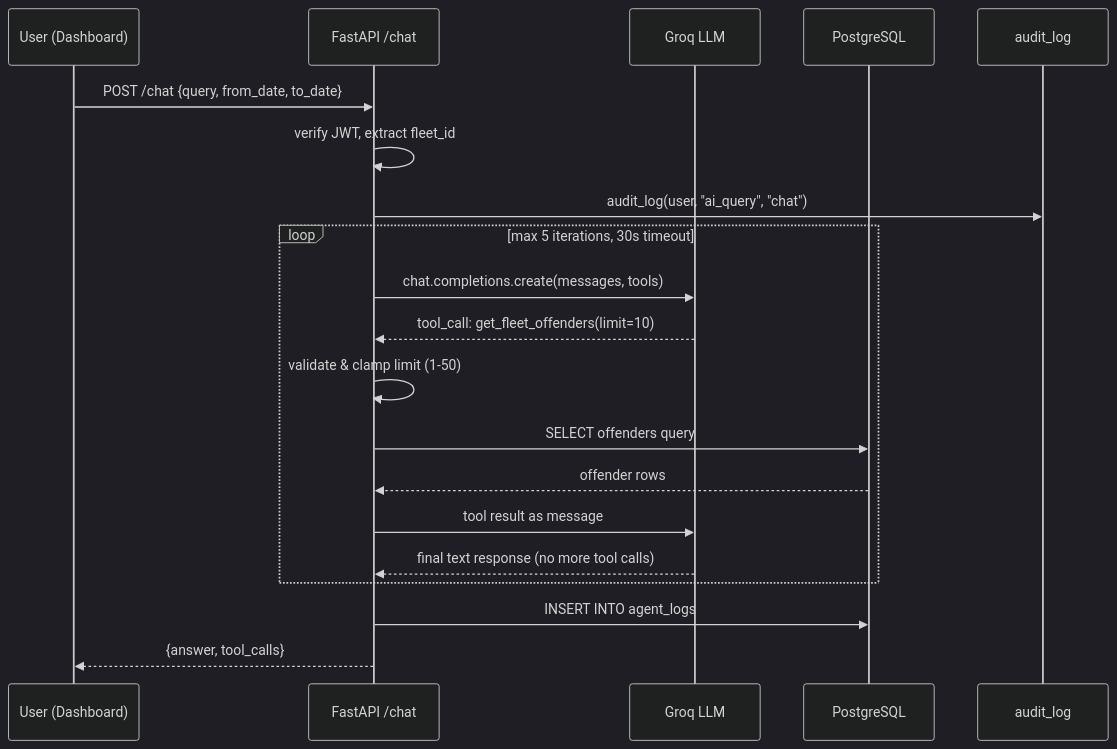
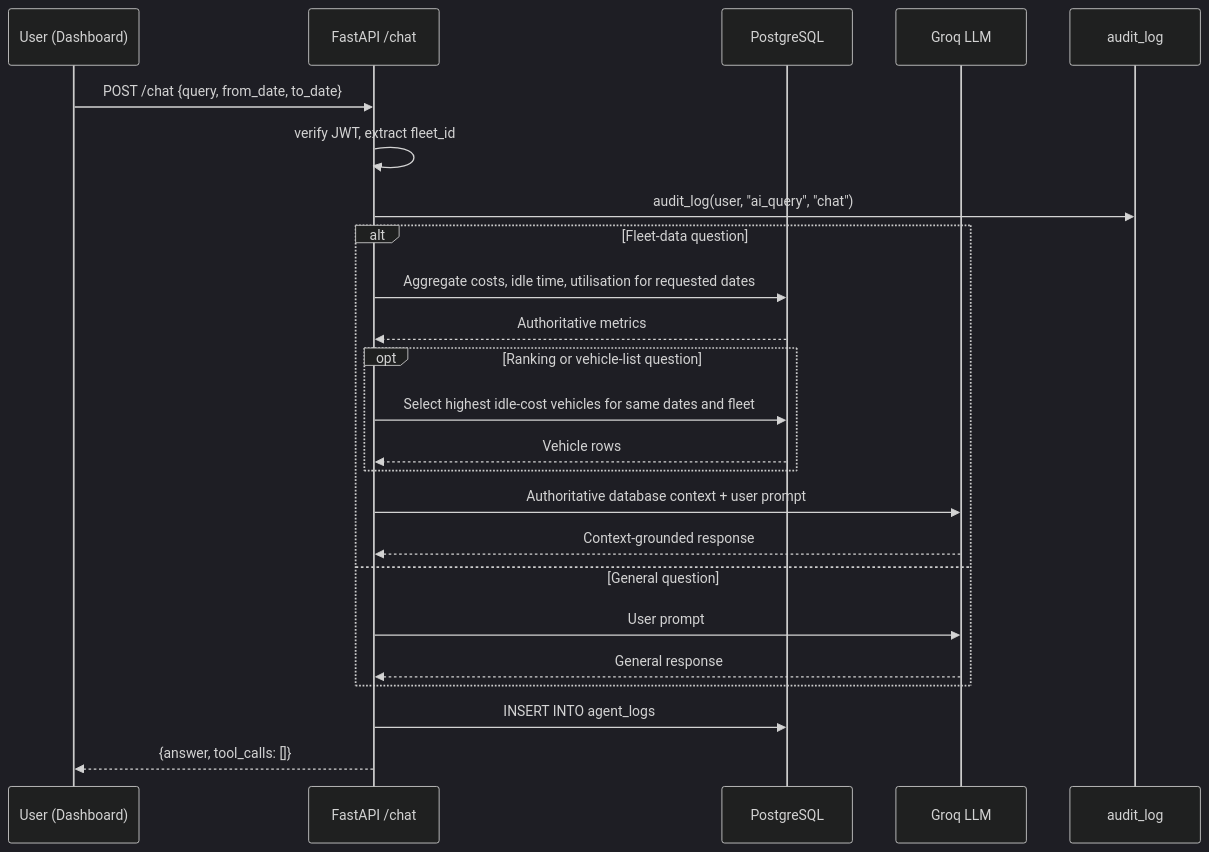
The seventh of 7 diagrams in docs/architecture.md (KT2006/Motorq-Hackathon), drawn with Mermaid (dark theme) before and after one commit. The commit also changed other lines of this file and 14 other files, not shown here.

````diff
--- a/docs/architecture.md
+++ b/docs/architecture.md
@@ -234,25 +234,28 @@
 ```mermaid
 sequenceDiagram
     participant U as User (Dashboard)
     participant API as FastAPI /chat
+    participant DB as PostgreSQL
     participant LLM as Groq LLM
-    participant DB as PostgreSQL
     participant LOG as audit_log
 
     U->>API: POST /chat {query, from_date, to_date}
     API->>API: verify JWT, extract fleet_id
     API->>LOG: audit_log(user, "ai_query", "chat")
-
-    loop max 5 iterations, 30s timeout
-        API->>LLM: chat.completions.create(messages, tools)
-        LLM-->>API: tool_call: get_fleet_offenders(limit=10)
-        API->>API: validate & clamp limit (1-50)
-        API->>DB: SELECT offenders query
-        DB-->>API: offender rows
-        API->>LLM: tool result as message
-        LLM-->>API: final text response (no more tool calls)
+    alt Fleet-data question
+        API->>DB: Aggregate costs, idle time, utilisation for requested dates
+        DB-->>API: Authoritative metrics
+        opt Ranking or vehicle-list question
+            API->>DB: Select highest idle-cost vehicles for same dates and fleet
+            DB-->>API: Vehicle rows
+        end
+        API->>LLM: Authoritative database context + user prompt
+        LLM-->>API: Context-grounded response
+    else General question
+        API->>LLM: User prompt
+        LLM-->>API: General response
     end
 
     API->>DB: INSERT INTO agent_logs
-    API-->>U: {answer, tool_calls}
+    API-->>U: {answer, tool_calls: []}
 ```
````
